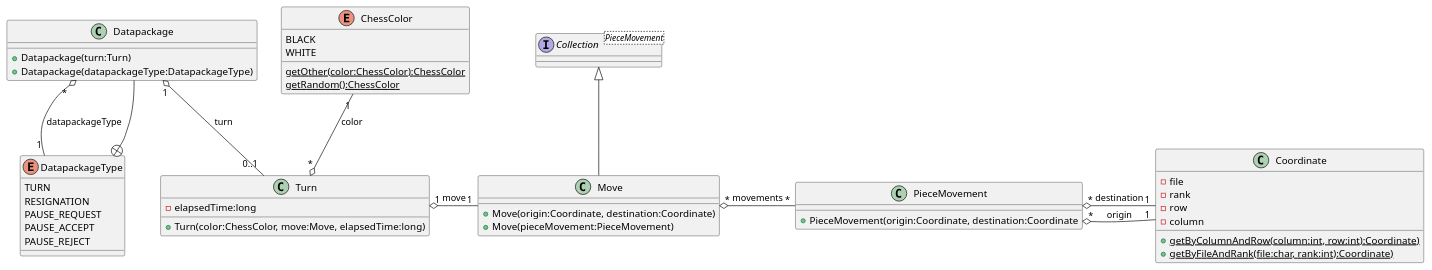
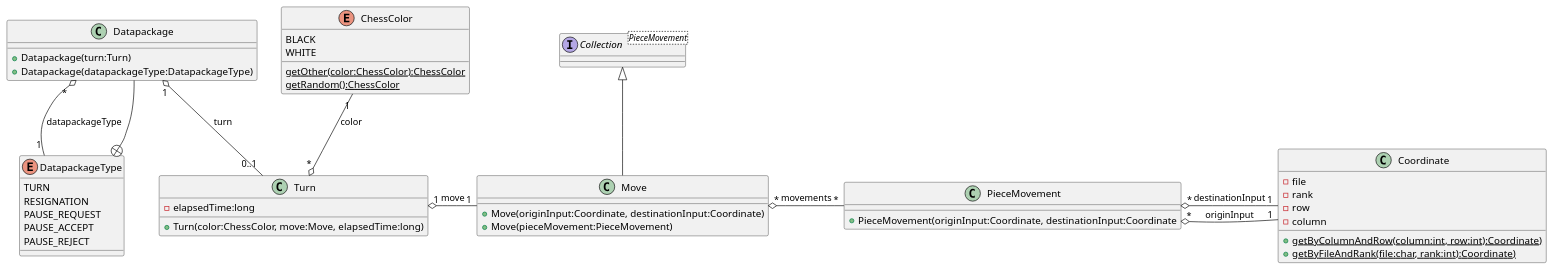
Before and after one commit to saunders94/JarChess: the diagram in docs/4_design_documents/class_diagrams/match/Datapackage.puml, drawn with PlantUML. The commit also changed 37 other files, not shown here.

```diff
--- a/docs/4_design_documents/class_diagrams/match/Datapackage.puml
+++ b/docs/4_design_documents/class_diagrams/match/Datapackage.puml
@@ -1,65 +1,65 @@
 @startuml
 
 class Datapackage{
 +Datapackage(turn:Turn)
 +Datapackage(datapackageType:DatapackageType)
 }
 
 enum DatapackageType{
         TURN
         RESIGNATION
         PAUSE_REQUEST
         PAUSE_ACCEPT
         PAUSE_REJECT
 }
 
 
 class Turn{
 -elapsedTime:long
 +Turn(color:ChessColor, move:Move, elapsedTime:long)
 }
 
 
 enum ChessColor{
 BLACK
 WHITE
 {static} getOther(color:ChessColor):ChessColor
 {static} getRandom():ChessColor
 }
 
 interface Collection<PieceMovement>{
 
 }
 
 class Move{
-+Move(origin:Coordinate, destination:Coordinate)
++Move(originInput:Coordinate, destinationInput:Coordinate)
 +Move(pieceMovement:PieceMovement)
 }
 
 class PieceMovement{
-+PieceMovement(origin:Coordinate, destination:Coordinate
++PieceMovement(originInput:Coordinate, destinationInput:Coordinate
 }
 
 
 
 class Coordinate{
 -file
 -rank
 -row
 -column
 + {static}getByColumnAndRow(column:int, row:int):Coordinate)
 + {static}getByFileAndRank(file:char, rank:int):Coordinate)
 }
 
 
 Datapackage --+ DatapackageType
 DatapackageType "1" --o "*" Datapackage: datapackageType
 Datapackage "1" o-- "0..1" Turn: turn
 Turn "1" o- "1" Move: move
 Collection <|-down- Move
 Move "*" o-right- "*" PieceMovement:movements
-PieceMovement "*" o-right- "1" Coordinate:origin
-PieceMovement "*" o-right- "1" Coordinate:destination
+PieceMovement "*" o-right- "1" Coordinate:originInput
+PieceMovement "*" o-right- "1" Coordinate:destinationInput
 ChessColor "1" --o "*" Turn: color
 
 @enduml
```
